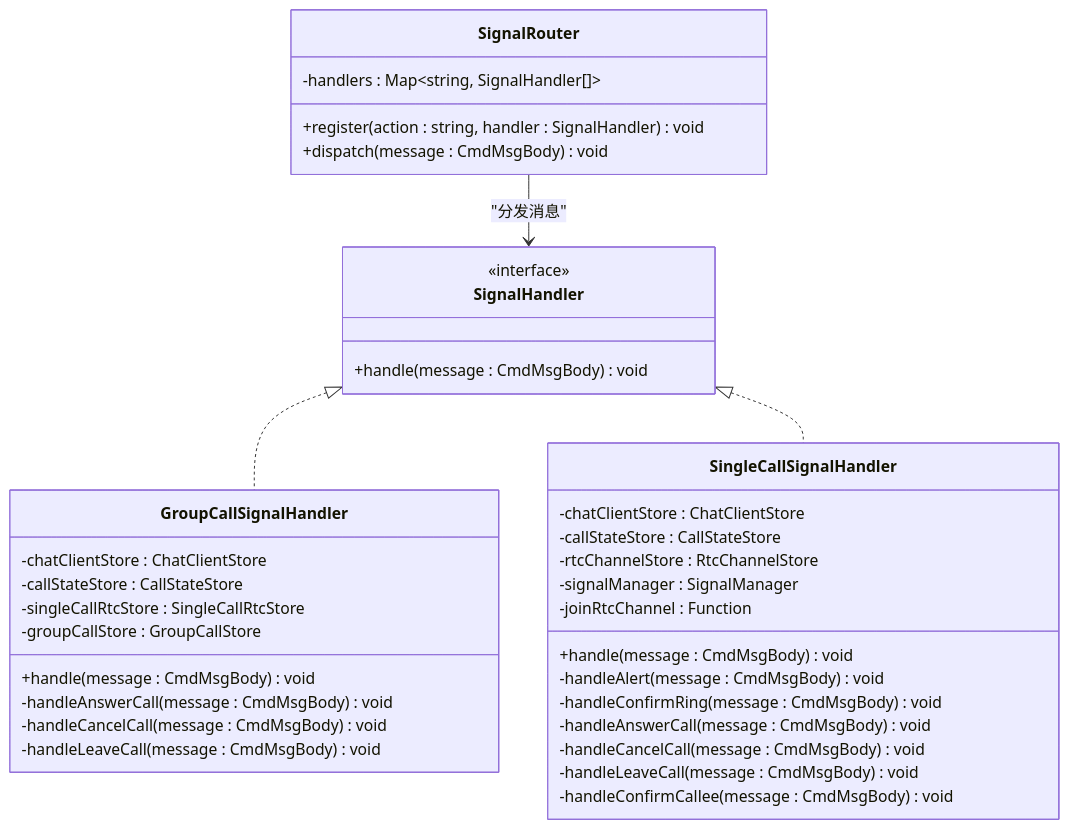
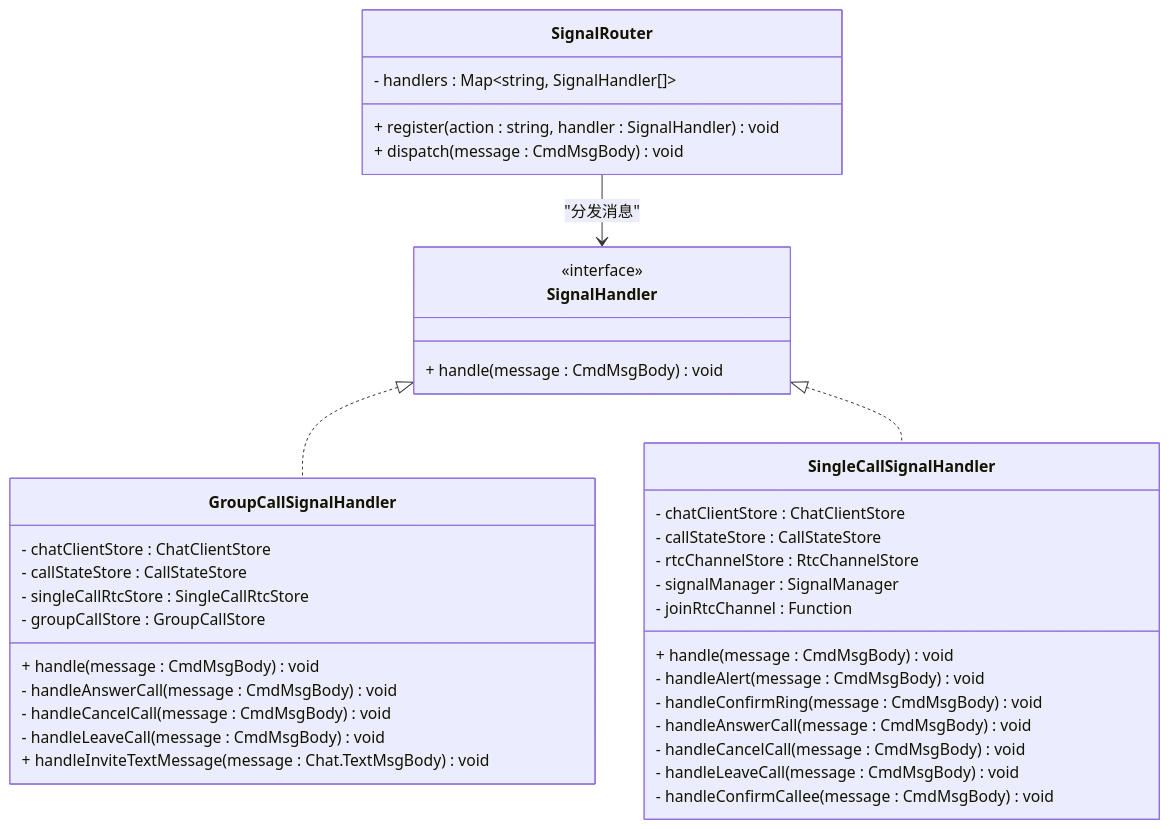
The second of 14 diagrams in .qoder/repowiki/zh/content/高级功能/群组通话信号处理器.md (Easemob-Community/easemob-uikit-callkit-vue3), drawn with Mermaid before and after one commit. The commit also changed other lines of this file and 15 other files, not shown here.

First line of the commit message:
fix: 群通话取消/挂断信令对齐 React 版本，修复 callee alert 不关闭问题

````diff
--- a/.qoder/repowiki/zh/content/高级功能/群组通话信号处理器.md
+++ b/.qoder/repowiki/zh/content/高级功能/群组通话信号处理器.md
@@ -87,39 +108,40 @@
 ```mermaid
 classDiagram
 class SignalRouter {
--handlers : Map~string, SignalHandler[]~
-+register(action : string, handler : SignalHandler) void
-+dispatch(message : CmdMsgBody) void
+- handlers : Map~string, SignalHandler[]~
++ register(action : string, handler : SignalHandler) void
++ dispatch(message : CmdMsgBody) void
 }
 class SignalHandler {
 <<interface>>
-+handle(message : CmdMsgBody) void
++ handle(message : CmdMsgBody) void
 }
 class GroupCallSignalHandler {
--chatClientStore : ChatClientStore
--callStateStore : CallStateStore
--singleCallRtcStore : SingleCallRtcStore
--groupCallStore : GroupCallStore
-+handle(message : CmdMsgBody) void
--handleAnswerCall(message : CmdMsgBody) void
--handleCancelCall(message : CmdMsgBody) void
--handleLeaveCall(message : CmdMsgBody) void
+- chatClientStore : ChatClientStore
+- callStateStore : CallStateStore
+- singleCallRtcStore : SingleCallRtcStore
+- groupCallStore : GroupCallStore
++ handle(message : CmdMsgBody) void
+- handleAnswerCall(message : CmdMsgBody) void
+- handleCancelCall(message : CmdMsgBody) void
+- handleLeaveCall(message : CmdMsgBody) void
++ handleInviteTextMessage(message : Chat.TextMsgBody) void
 }
 class SingleCallSignalHandler {
--chatClientStore : ChatClientStore
--callStateStore : CallStateStore
--rtcChannelStore : RtcChannelStore
--signalManager : SignalManager
--joinRtcChannel : Function
-+handle(message : CmdMsgBody) void
--handleAlert(message : CmdMsgBody) void
--handleConfirmRing(message : CmdMsgBody) void
--handleAnswerCall(message : CmdMsgBody) void
--handleCancelCall(message : CmdMsgBody) void
--handleLeaveCall(message : CmdMsgBody) void
--handleConfirmCallee(message : CmdMsgBody) void
+- chatClientStore : ChatClientStore
+- callStateStore : CallStateStore
+- rtcChannelStore : RtcChannelStore
+- signalManager : SignalManager
+- joinRtcChannel : Function
++ handle(message : CmdMsgBody) void
+- handleAlert(message : CmdMsgBody) void
+- handleConfirmRing(message : CmdMsgBody) void
+- handleAnswerCall(message : CmdMsgBody) void
+- handleCancelCall(message : CmdMsgBody) void
+- handleLeaveCall(message : CmdMsgBody) void
+- handleConfirmCallee(message : CmdMsgBody) void
 }
 SignalRouter --> SignalHandler : "分发消息"
 SignalHandler <|.. GroupCallSignalHandler
 SignalHandler <|.. SingleCallSignalHandler
 ```
````
